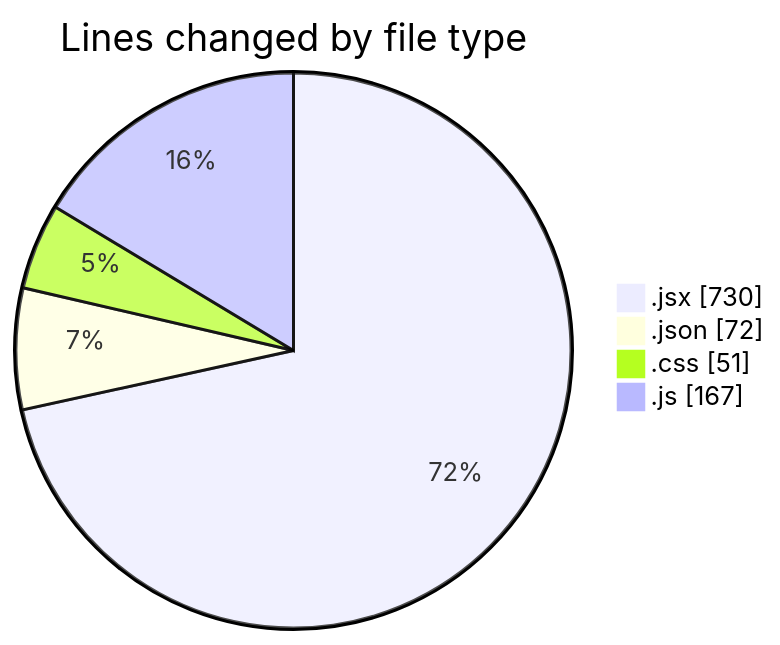
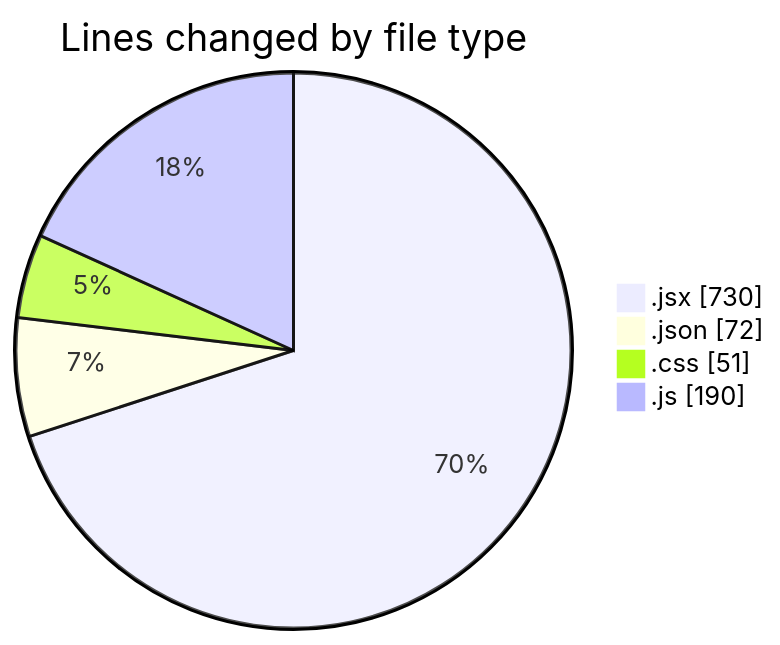
The first of 2 diagrams in 2026-03-19/commonwealth-front-end-task/README.md (momahboobian/code-tracking), drawn with Mermaid before and after one commit. The commit also changed other lines of this file and 1 other file, not shown here.

````diff
--- a/2026-03-19/commonwealth-front-end-task/README.md
+++ b/2026-03-19/commonwealth-front-end-task/README.md
@@ -25,8 +26,8 @@
 ```mermaid
 pie showData
 title Lines changed by file type
 ".jsx" : 730
 ".json" : 72
 ".css" : 51
-".js" : 167
+".js" : 190
 ```
````
